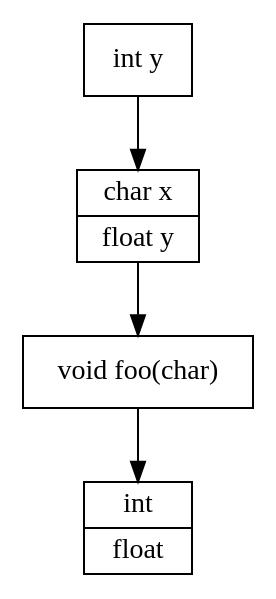
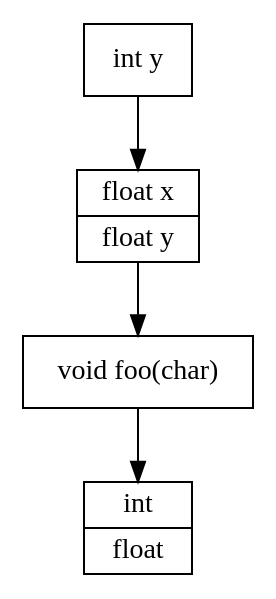
Before and after one commit to andyjsiegel/CSC-453: the diagram in Assignments/Assignment 5/andy_siegel/problem_1.gv, drawn with Graphviz. The commit also changed 111 other files, not shown here.

```diff
--- a/Assignments/Assignment 5/andy_siegel/problem_1.gv
+++ b/Assignments/Assignment 5/andy_siegel/problem_1.gv
@@ -1,27 +1,27 @@
 /* Compile with 'dot -Tpng graph.gv > graph.png' */
 
 digraph problem1 { 
    standard [
       shape="record"; 
       label="{int | float}";
    ];
 
    sytab3 [
       shape="record"; 
       label="{int y}"
    ];
 
    sytab2 [
       shape="record";
-      label="{char x | float y}"
+      label="{float x | float y}"
    ];
 
    sytab1 [
       shape="record"; 
       label="{void foo(char)}"
    ];
 
    sytab3 -> sytab2
    sytab2 -> sytab1
    sytab1 -> standard   
 }
```
